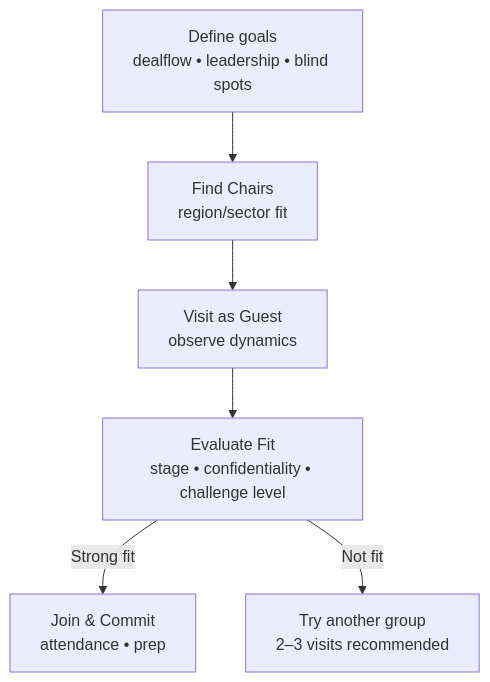
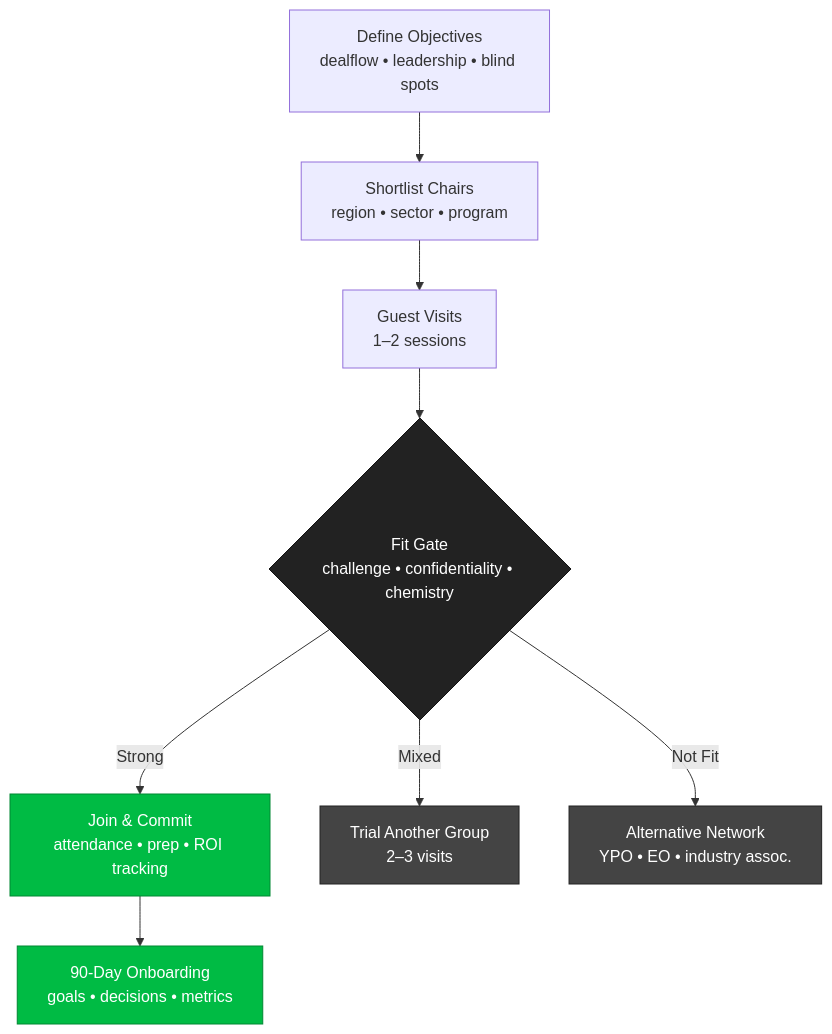
Before and after one commit to emcdo411/tech-fractional-cxo-program: the seventh of 9 diagrams in VISTAGE.md, drawn with Mermaid. The commit also changed other lines of this file, not shown here.

````diff
--- a/VISTAGE.md
+++ b/VISTAGE.md
@@ -132,8 +246,14 @@
 ```mermaid
 flowchart TD
-  S["Define goals<br/>dealflow • leadership • blind spots"] --> F["Find Chairs<br/>region/sector fit"]
-  F --> V["Visit as Guest<br/>observe dynamics"]
-  V --> E["Evaluate Fit<br/>stage • confidentiality • challenge level"]
-  E -->|Strong fit| J["Join & Commit<br/>attendance • prep"]
-  E -->|Not fit| R["Try another group<br/>2–3 visits recommended"]
+  classDef gate fill:#222,color:#fff,stroke:#111,stroke-width:1;
+  classDef fit  fill:#0b4,color:#fff,stroke:#083,stroke-width:1;
+  classDef alt  fill:#444,color:#fff,stroke:#222,stroke-width:1;
+
+  G1["Define Objectives<br/>dealflow • leadership • blind spots"] --> G2["Shortlist Chairs<br/>region • sector • program"]
+  G2 --> VIS["Guest Visits<br/>1–2 sessions"]
+  VIS --> FIT{"Fit Gate<br/>challenge • confidentiality • chemistry"}:::gate
+  FIT -->|Strong| JOIN["Join & Commit<br/>attendance • prep • ROI tracking"]:::fit
+  FIT -->|Mixed| ALT1["Trial Another Group<br/>2–3 visits"]:::alt
+  FIT -->|Not Fit| ALT2["Alternative Network<br/>YPO • EO • industry assoc."]:::alt
+  JOIN --> PLAN["90-Day Onboarding<br/>goals • decisions • metrics"]:::fit
 ```
````
